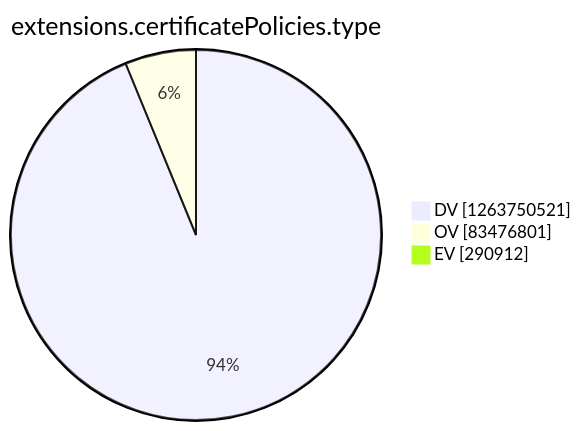
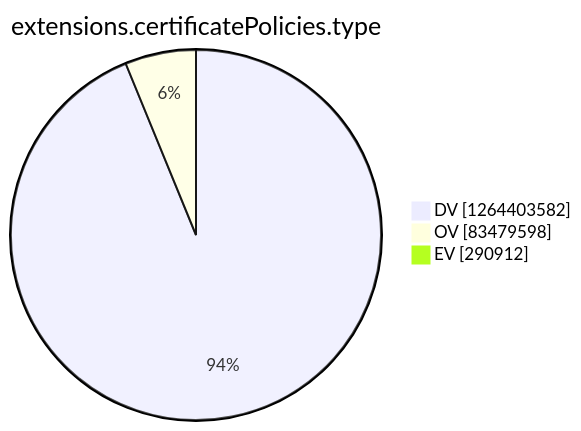
The tenth of 15 diagrams in argon2022/README.md (christiankrug/ctmonitor_visualization), drawn with Mermaid before and after one commit. The commit also changed other lines of this file, not shown here.

````diff
--- a/argon2022/README.md
+++ b/argon2022/README.md
@@ -2771,7 +2771,7 @@
 ```mermaid
 pie showData
 title extensions.certificatePolicies.type
-"DV" :1263750521
-"OV" :83476801
+"DV" :1264403582
+"OV" :83479598
 "EV" :290912
 ```
````
